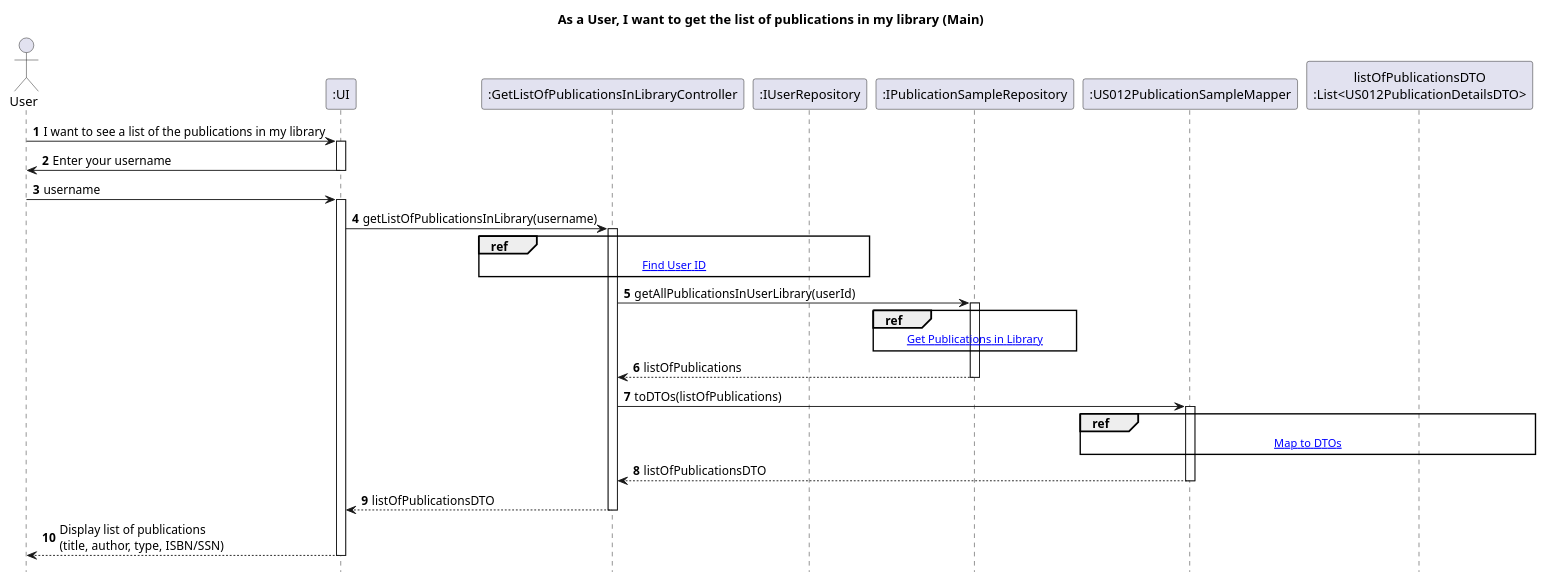
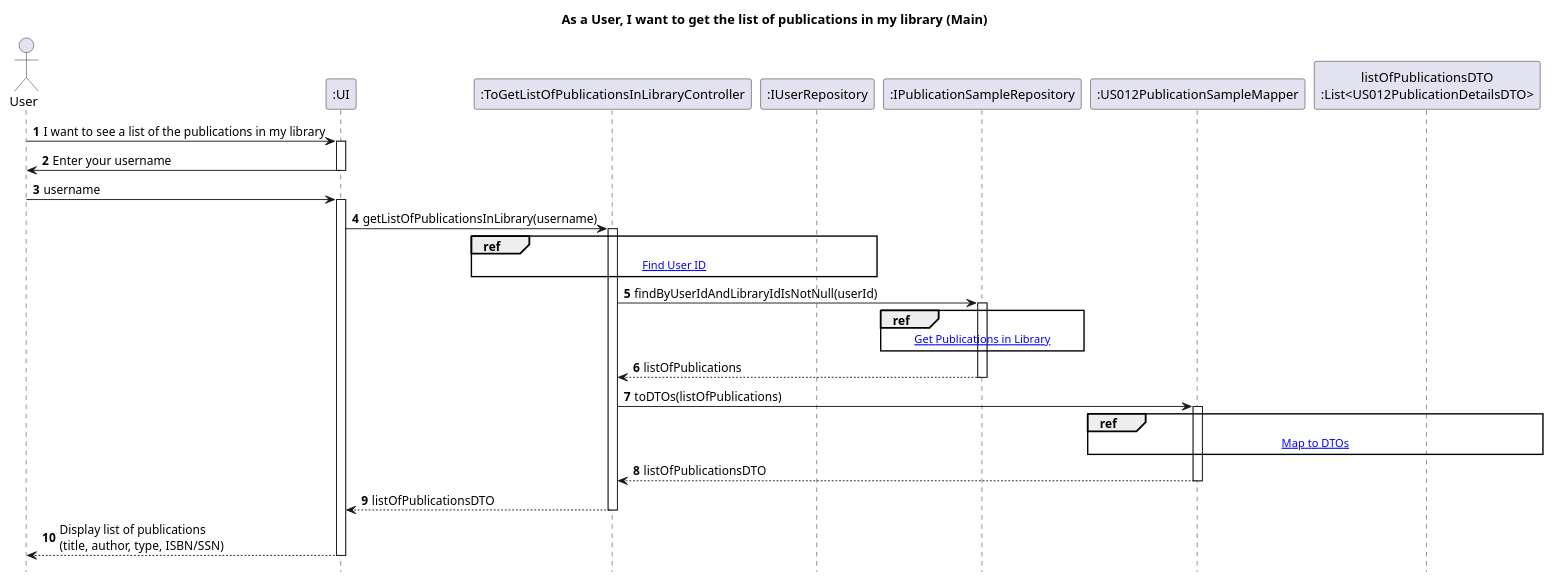
One commit to AndrePereiraGitH/SWitCH-Project-Team_A changed the diagram in Diagrams/SequenceDiagrams/N2/To-Get-List-Of-Publications-In-My-Library/1.MainDiagram.puml. Above: the diagram before and after it, drawn with PlantUML. The commit also changed 5 other files, not shown here.

```diff
--- a/Diagrams/SequenceDiagrams/N2/To-Get-List-Of-Publications-In-My-Library/1.MainDiagram.puml
+++ b/Diagrams/SequenceDiagrams/N2/To-Get-List-Of-Publications-In-My-Library/1.MainDiagram.puml
@@ -1,54 +1,54 @@
 @startuml
 autonumber
 hide footbox
 title As a User, I want to get the list of publications in my library (Main)
 
 actor User
 participant ":UI" as UI
-participant ":GetListOfPublicationsInLibraryController" as Ctrl
+participant ":ToGetListOfPublicationsInLibraryController" as Ctrl
 participant ":IUserRepository" as userRepo
 participant ":IPublicationSampleRepository" as pubSampleRepo
 participant ":US012PublicationSampleMapper" as Mapper
 participant "listOfPublicationsDTO\n:List<US012PublicationDetailsDTO>" as ListDTO
 
 User -> UI : I want to see a list of the publications in my library
 activate UI
 UI -> User : Enter your username
 deactivate UI
 User -> UI : username
 
 activate UI
 UI -> Ctrl : getListOfPublicationsInLibrary(username)
 activate Ctrl
 
 ref over Ctrl, userRepo
   [[2.FindUserId.puml Find User ID]]
 end ref
 
-Ctrl -> pubSampleRepo : getAllPublicationsInUserLibrary(userId)
+Ctrl -> pubSampleRepo : findByUserIdAndLibraryIdIsNotNull(userId)
 activate pubSampleRepo
 
 ref over pubSampleRepo
   [[3.GetPublicationsInLibrary.puml Get Publications in Library]]
 end ref
 
 pubSampleRepo --> Ctrl : listOfPublications
 deactivate pubSampleRepo
 
 Ctrl -> Mapper : toDTOs(listOfPublications)
 activate Mapper
 
 ref over Mapper, ListDTO
   [[4.MapToDTOs.puml Map to DTOs]]
 end ref
 
 Mapper --> Ctrl : listOfPublicationsDTO
 deactivate Mapper
 
 Ctrl --> UI : listOfPublicationsDTO
 deactivate Ctrl
 
 UI --> User : Display list of publications\n(title, author, type, ISBN/SSN)
 deactivate UI
 
 @enduml
```
